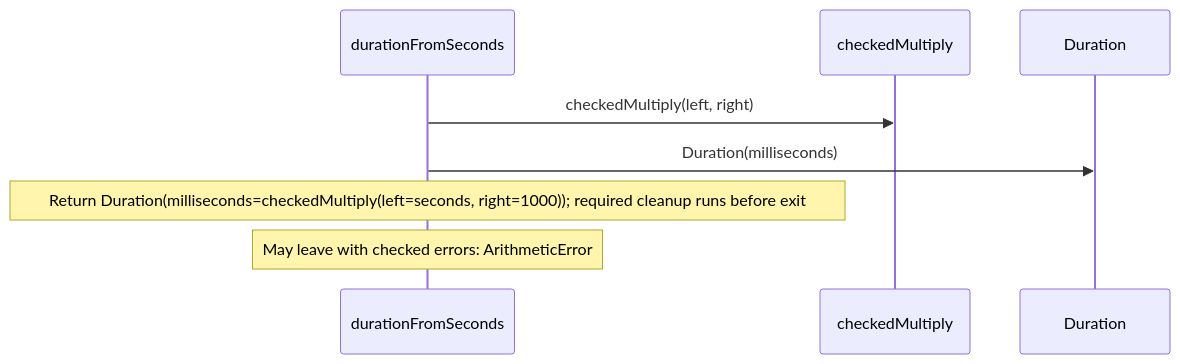
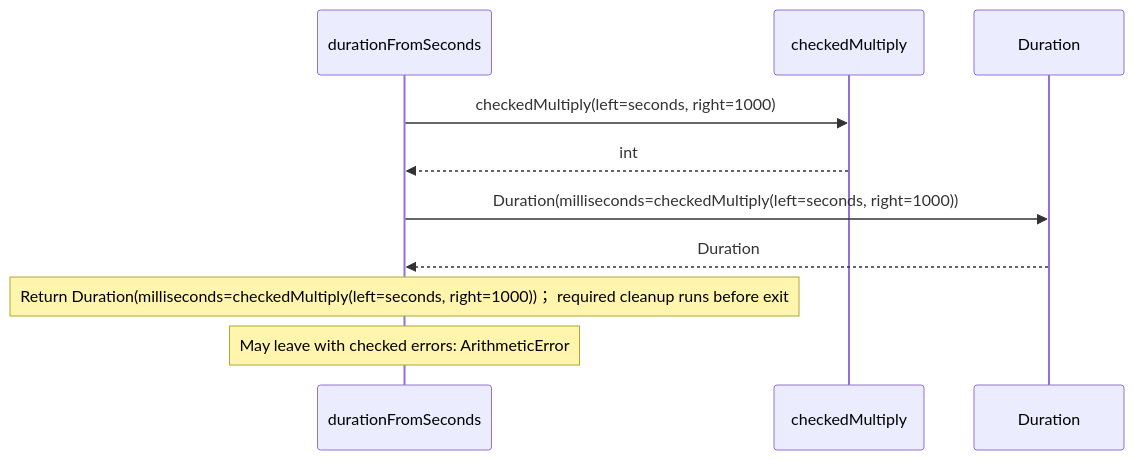
One commit to GreenPandaStudios/augscript changed the fifth of 7 diagrams in src/stdlib/values/durations.aug.diagrams.md. Above: the diagram before and after it, drawn with Mermaid. The commit also changed other lines of this file and 524 other files, not shown here.

Commit message:
Explain checked data flow at folder and service levels

````diff
--- a/src/stdlib/values/durations.aug.diagrams.md
+++ b/src/stdlib/values/durations.aug.diagrams.md
@@ -206,10 +188,12 @@
 ```mermaid
 sequenceDiagram
     participant p0 as durationFromSeconds
     participant p1 as checkedMultiply
     participant p2 as Duration
-    p0->>p1: checkedMultiply(left, right)
-    p0->>p2: Duration(milliseconds)
-    Note over p0: Return Duration(milliseconds=checkedMultiply(left=seconds, right=1000))#59; required cleanup runs before exit
+    p0->>p1: checkedMultiply(left=seconds, right=1000)
+    p1-->>p0: int
+    p0->>p2: Duration(milliseconds=checkedMultiply(left=seconds, right=1000))
+    p2-->>p0: Duration
+    Note over p0: Return Duration(milliseconds=checkedMultiply(left=seconds, right=1000))； required cleanup runs before exit
     Note over p0: May leave with checked errors: ArithmeticError
 ```
````
